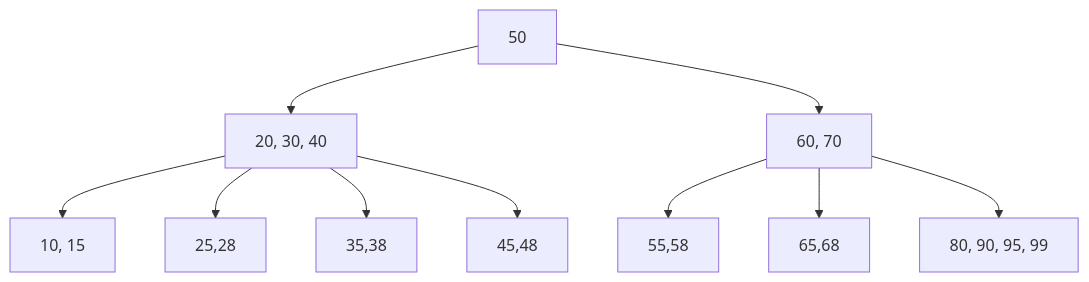
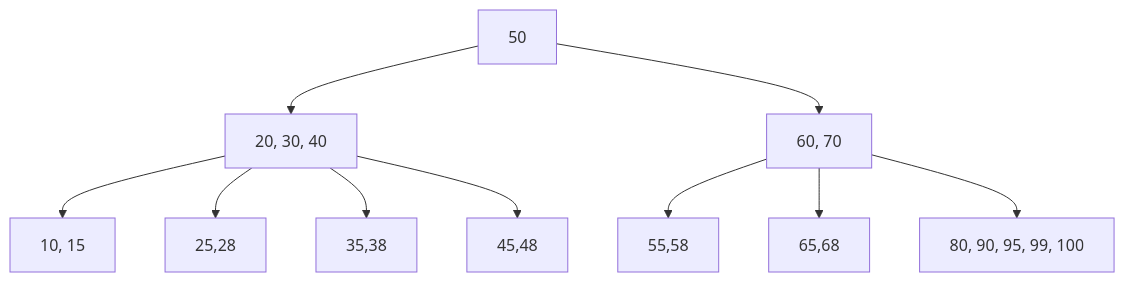
The third of 13 diagrams in BTrees/README.MD (johan-franco/csc223), drawn with Mermaid before and after one commit. The commit also changed other lines of this file and 2 other files, not shown here.

````diff
--- a/BTrees/README.MD
+++ b/BTrees/README.MD
@@ -45,12 +51,12 @@
 ```mermaid
 graph TD
     A[50] --> B[20, 30, 40]
     A --> C[60, 70]
     B --> D[10, 15]
     B --> E[25,28]
     B --> F[35,38]
     B --> G[45,48]
     C --> H[55,58]
     C --> I[65,68]
-    C --> J[80, 90, 95, 99]
+    C --> J[80, 90, 95, 99, 100]
 ```
````
